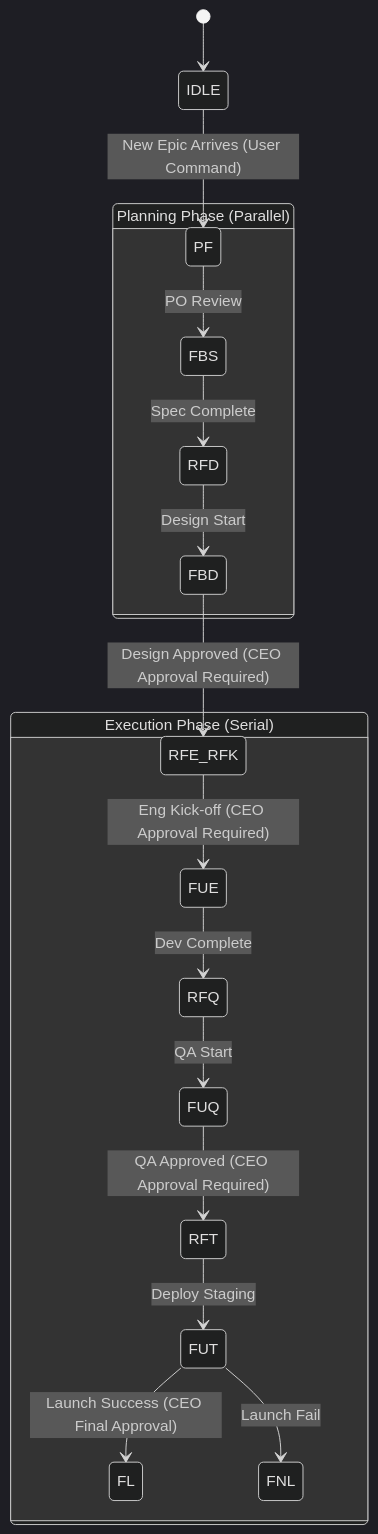
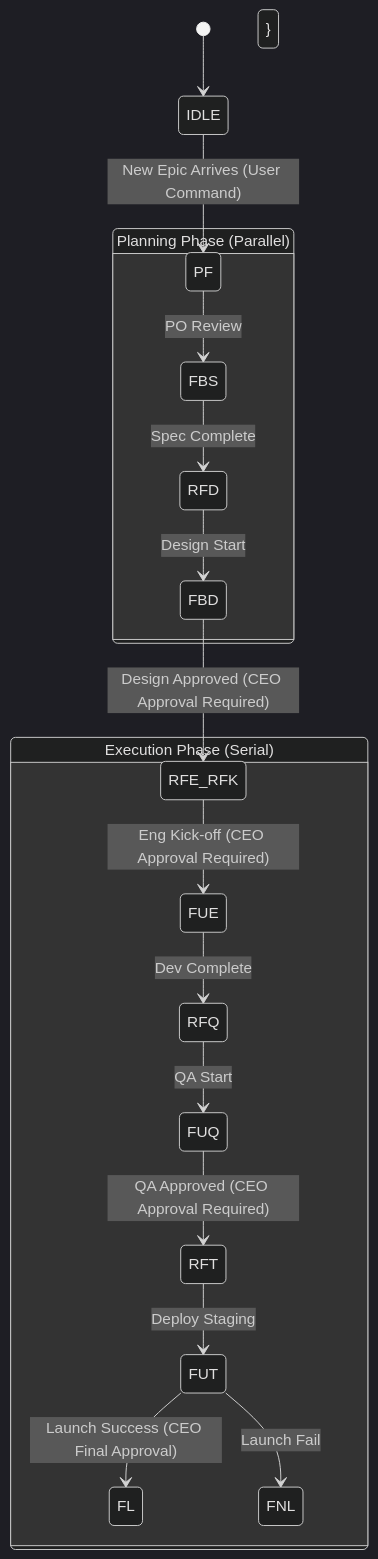
Before and after one commit to KyleL22/yuna-openclaw: the fifth of 5 diagrams in docs/core/process/SYSTEM_DESIGN_V1_0.md, drawn with Mermaid (dark theme). The commit also changed other lines of this file, not shown here.

````diff
--- a/docs/core/process/SYSTEM_DESIGN_V1_0.md
+++ b/docs/core/process/SYSTEM_DESIGN_V1_0.md
@@ -289,22 +301,23 @@
 ```mermaid
 stateDiagram-v2
     [*] --> IDLE
     IDLE --> PF : New Epic Arrives (User Command)
 
     state "Planning Phase (Parallel)" as Planning {
         PF --> FBS : PO Review
         FBS --> RFD : Spec Complete
         RFD --> FBD : Design Start
         FBD --> RFE_RFK : Design Approved (CEO Approval Required)
     }
 
     state "Execution Phase (Serial)" as Execution {
         RFE_RFK --> FUE : Eng Kick-off (CEO Approval Required)
         FUE --> RFQ : Dev Complete
         RFQ --> FUQ : QA Start
         FUQ --> RFT : QA Approved (CEO Approval Required)
         RFT --> FUT : Deploy Staging
         FUT --> FL : Launch Success (CEO Final Approval)
         FUT --> FNL : Launch Fail
     }
+    }
 ```
````
